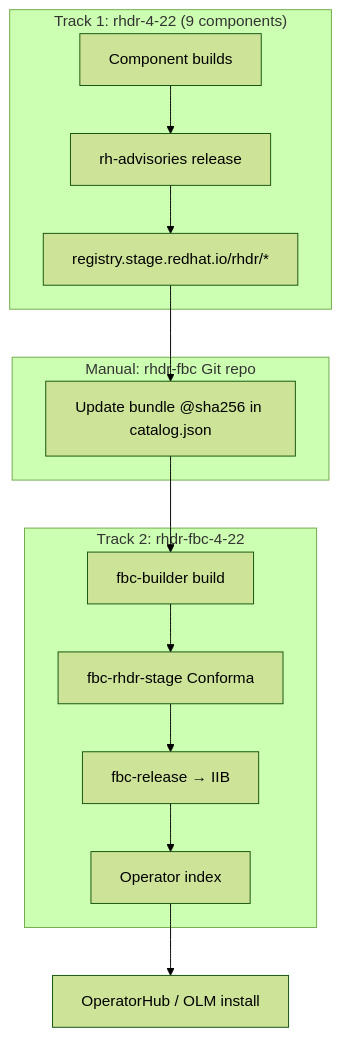
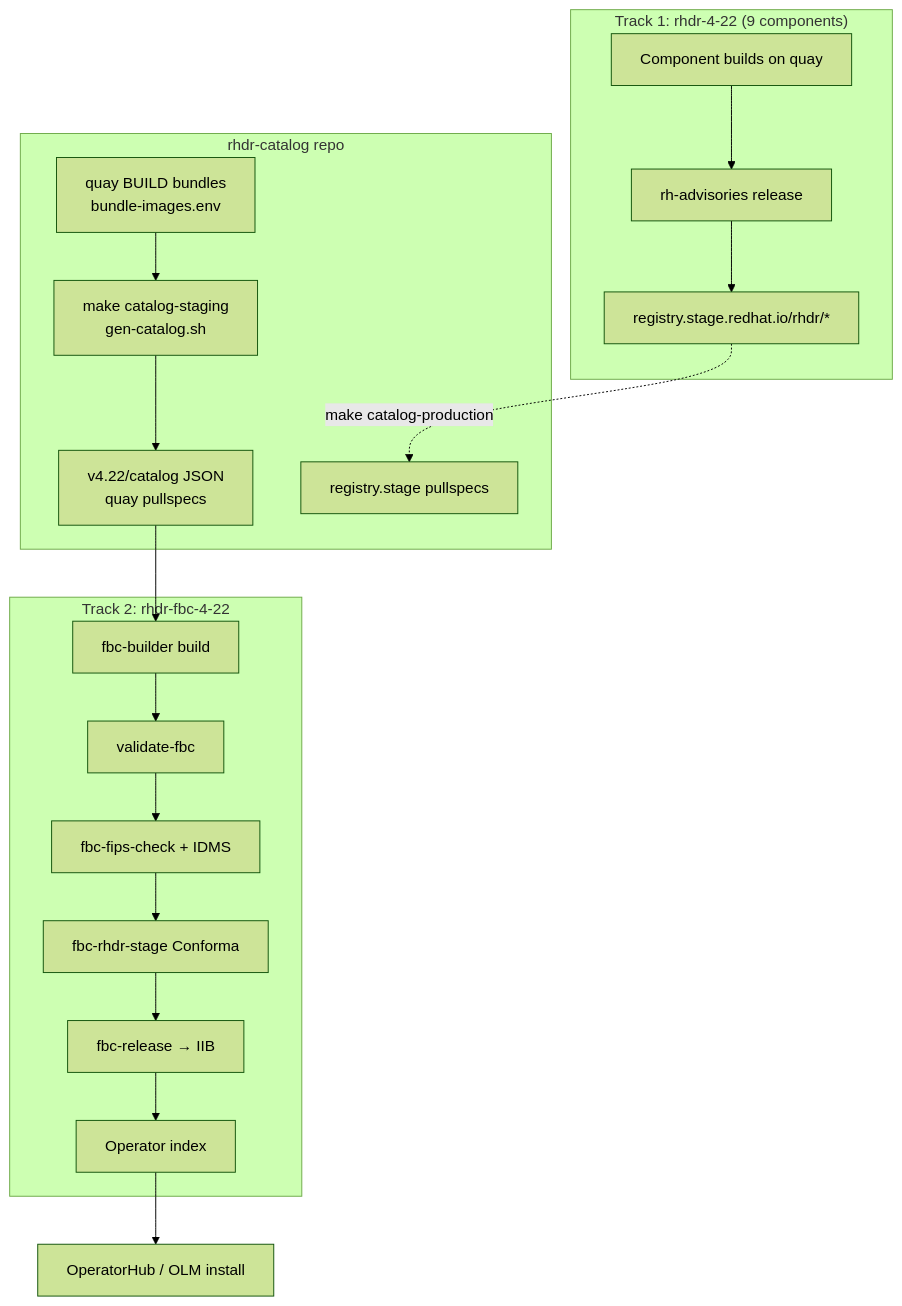
One commit to nadavleva/KonfluxBuildDocs changed the diagram in CreateTenant/RHDRFBCApplicationGitOps.md. Above: the diagram before and after it, drawn with Mermaid (forest theme). The commit also changed other lines of this file and 5 other files, not shown here.

````diff
--- a/CreateTenant/RHDRFBCApplicationGitOps.md
+++ b/CreateTenant/RHDRFBCApplicationGitOps.md
@@ -70,20 +70,24 @@
 ```mermaid
 flowchart TB
   subgraph T1["Track 1: rhdr-4-22 (9 components)"]
-    B1[Component builds] --> R1[rh-advisories release]
+    B1[Component builds on quay] --> R1[rh-advisories release]
     R1 --> REG["registry.stage.redhat.io/rhdr/*"]
   end
 
-  subgraph manual["Manual: rhdr-fbc Git repo"]
-    REG --> CAT[Update bundle @sha256 in catalog.json]
+  subgraph catalog["rhdr-catalog repo"]
+    Q["quay BUILD bundles\nbundle-images.env"] --> GS["make catalog-staging\ngen-catalog.sh"]
+    GS --> CAT["v4.22/catalog JSON\nquay pullspecs"]
+    REG -.->|make catalog-production| CAT2["registry.stage pullspecs"]
   end
 
   subgraph T2["Track 2: rhdr-fbc-4-22"]
     CAT --> B2[fbc-builder build]
-    B2 --> EC[fbc-rhdr-stage Conforma]
+    B2 --> VF[validate-fbc]
+    VF --> FIPS[fbc-fips-check + IDMS]
+    FIPS --> EC[fbc-rhdr-stage Conforma]
     EC --> R2[fbc-release → IIB]
     R2 --> IDX[Operator index]
   end
 
   IDX --> OLM[OperatorHub / OLM install]
 ```
````
